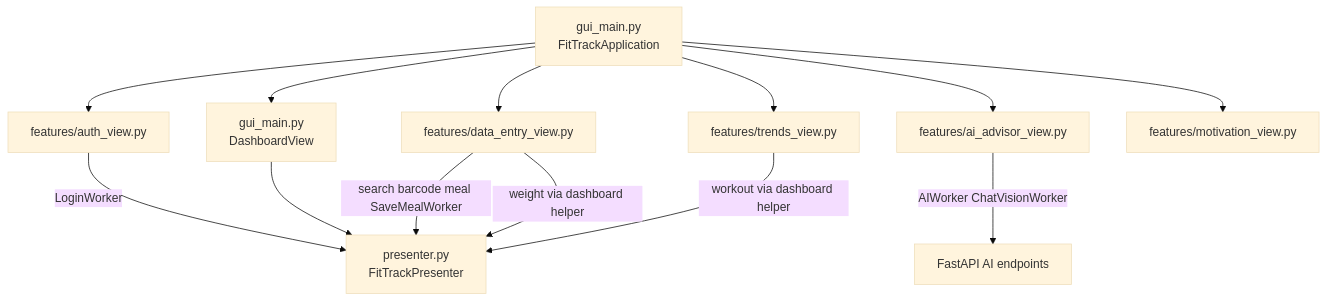
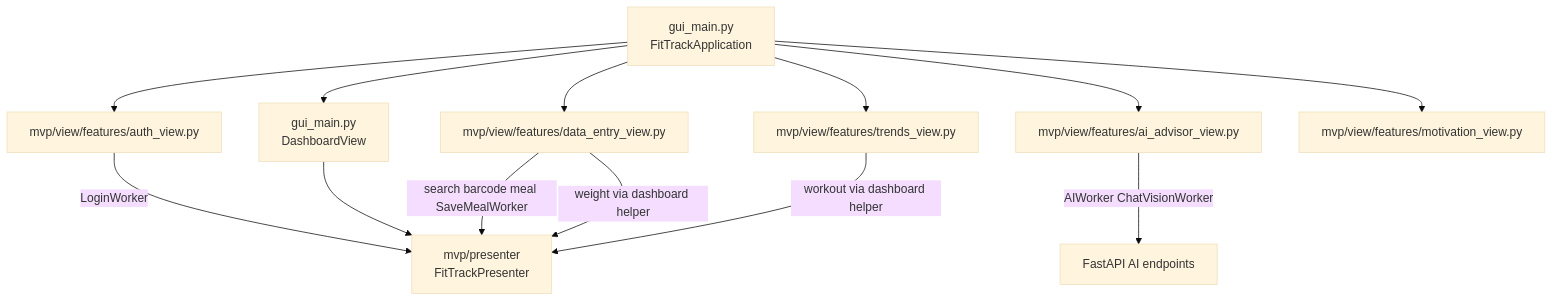
The second of 8 diagrams in docs/ARCHITECTURE.md (moriyakaduri/FitTrackAI), drawn with Mermaid (base theme) before and after one commit. The commit also changed other lines of this file and 32 other files, not shown here.

Commit message:
refactor: organize architecture folders for defense

````diff
--- a/docs/ARCHITECTURE.md
+++ b/docs/ARCHITECTURE.md
@@ -69,20 +98,20 @@
 ```mermaid
 flowchart TD
     Shell["gui_main.py\nFitTrackApplication"]
     Dashboard["gui_main.py\nDashboardView"]
-    Presenter["presenter.py\nFitTrackPresenter"]
+    Presenter["mvp/presenter\nFitTrackPresenter"]
 
-    Shell --> Auth["features/auth_view.py"]
+    Shell --> Auth["mvp/view/features/auth_view.py"]
     Shell --> Dashboard
-    Shell --> AI["features/ai_advisor_view.py"]
-    Shell --> Entry["features/data_entry_view.py"]
-    Shell --> Trends["features/trends_view.py"]
-    Shell --> Motivation["features/motivation_view.py"]
+    Shell --> AI["mvp/view/features/ai_advisor_view.py"]
+    Shell --> Entry["mvp/view/features/data_entry_view.py"]
+    Shell --> Trends["mvp/view/features/trends_view.py"]
+    Shell --> Motivation["mvp/view/features/motivation_view.py"]
 
     Auth -->|LoginWorker| Presenter
     Dashboard --> Presenter
     Entry -->|search barcode meal SaveMealWorker| Presenter
     Entry -->|weight via dashboard helper| Presenter
     Trends -->|workout via dashboard helper| Presenter
     AI -->|AIWorker ChatVisionWorker| API["FastAPI AI endpoints"]
 ```
````
